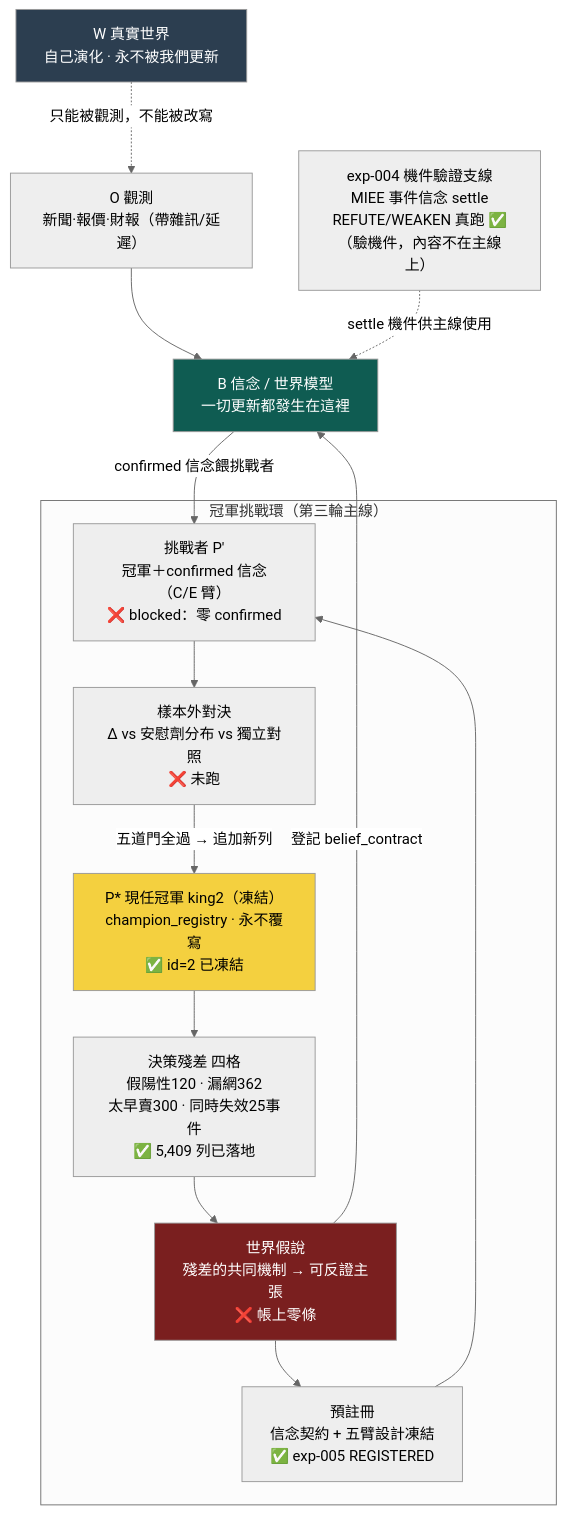
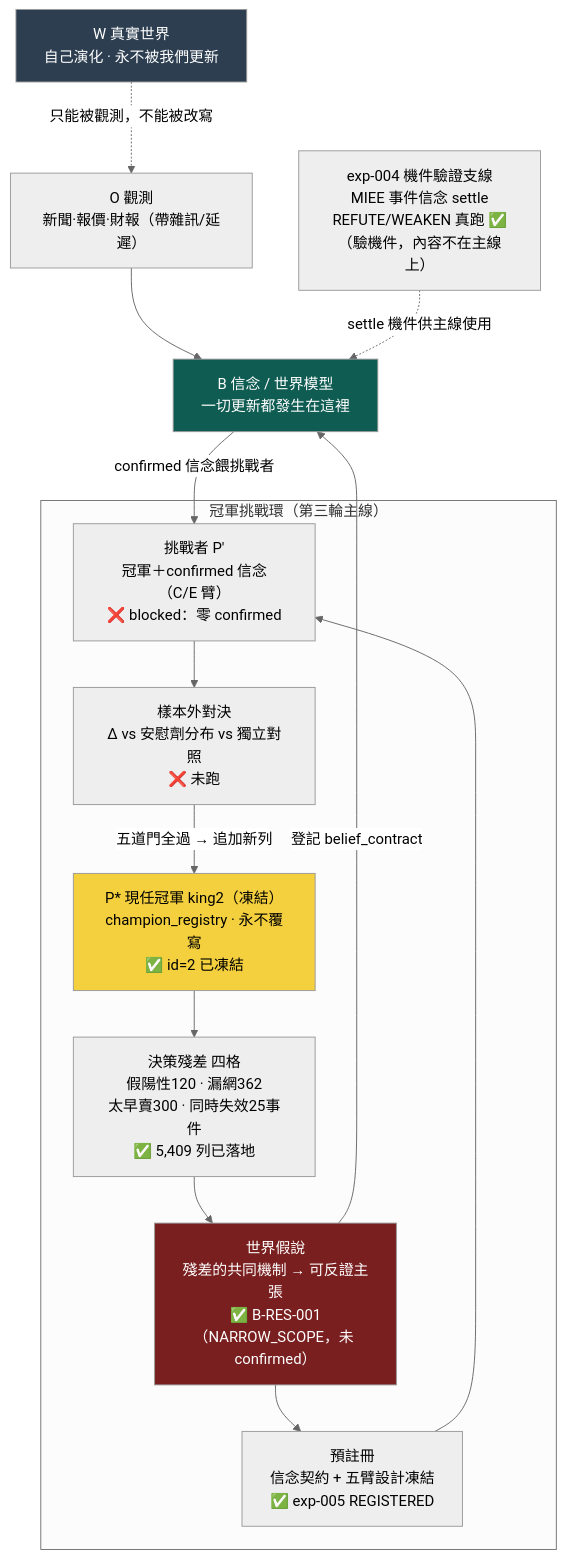
Before and after one commit to Baboonbrother/alpha-evolution-wiki: the diagram in research-loop.md, drawn with Mermaid (neutral theme). The commit also changed other lines of this file and 44 other files, not shown here.

````diff
--- a/research-loop.md
+++ b/research-loop.md
@@ -11,27 +16,27 @@
 ```mermaid
 flowchart TB
     W["W 真實世界<br/>自己演化 · 永不被我們更新"]
     O["O 觀測<br/>新聞·報價·財報（帶雜訊/延遲）"]
     B["B 信念 / 世界模型<br/>一切更新都發生在這裡"]
     W -. "只能被觀測，不能被改寫" .-> O
     O --> B
 
     subgraph RING["冠軍挑戰環（第三輪主線）"]
       PSTAR["P* 現任冠軍 king2（凍結）<br/>champion_registry · 永不覆寫<br/>✅ id=2 已凍結"]
       RES["決策殘差 四格<br/>假陽性120 · 漏網362<br/>太早賣300 · 同時失效25事件<br/>✅ 5,409 列已落地"]
-      HYP["世界假說<br/>殘差的共同機制 → 可反證主張<br/>❌ 帳上零條"]
+      HYP["世界假說<br/>殘差的共同機制 → 可反證主張<br/>✅ B-RES-001（NARROW_SCOPE，未 confirmed）"]
       REG["預註冊<br/>信念契約 + 五臂設計凍結<br/>✅ exp-005 REGISTERED"]
       CHA["挑戰者 P′<br/>冠軍＋confirmed 信念（C/E 臂）<br/>❌ blocked：零 confirmed"]
       DUEL["樣本外對決<br/>Δ vs 安慰劑分布 vs 獨立對照<br/>❌ 未跑"]
       PSTAR --> RES --> HYP --> REG --> CHA --> DUEL
       DUEL -->|"五道門全過 → 追加新列"| PSTAR
     end
 
     B -->|"confirmed 信念餵挑戰者"| CHA
     HYP -->|"登記 belief_contract"| B
     E4["exp-004 機件驗證支線<br/>MIEE 事件信念 settle<br/>REFUTE/WEAKEN 真跑 ✅<br/>（驗機件，內容不在主線上）"] -.->|"settle 機件供主線使用"| B
     style W fill:#2c3e50,color:#fff
     style B fill:#0f5c52,color:#fff
     style PSTAR fill:#f4d03f,color:#000
     style HYP fill:#7a1f1f,color:#fff
 ```
````
